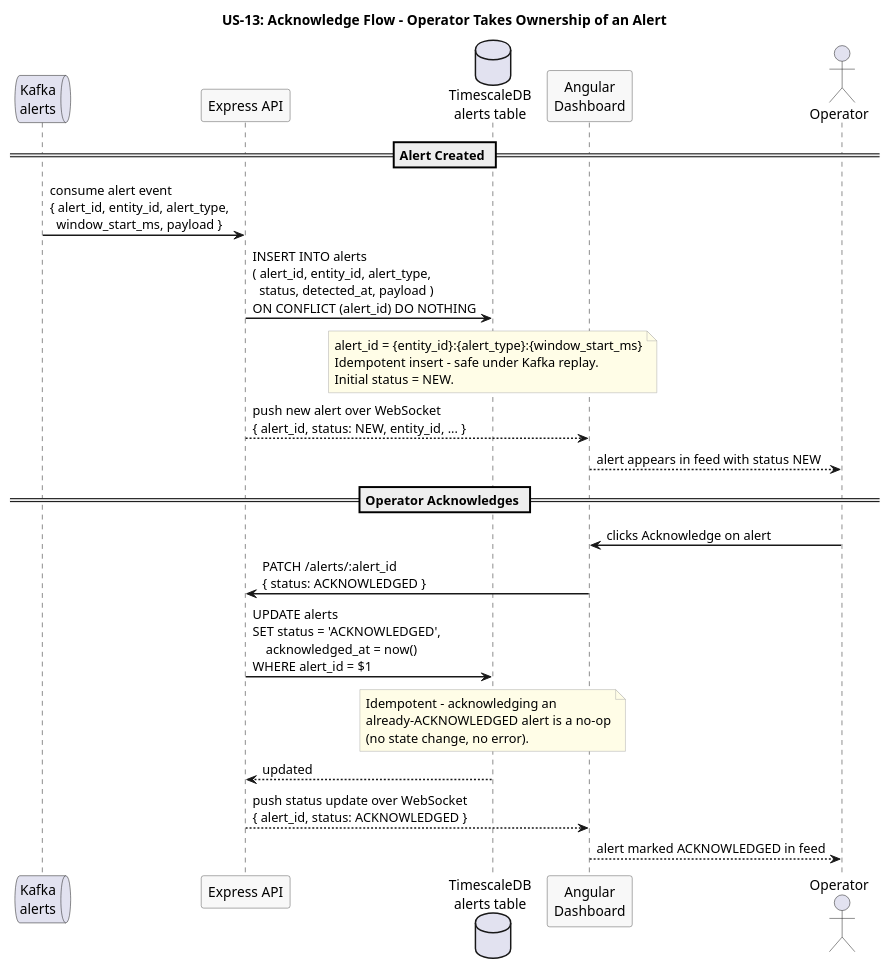
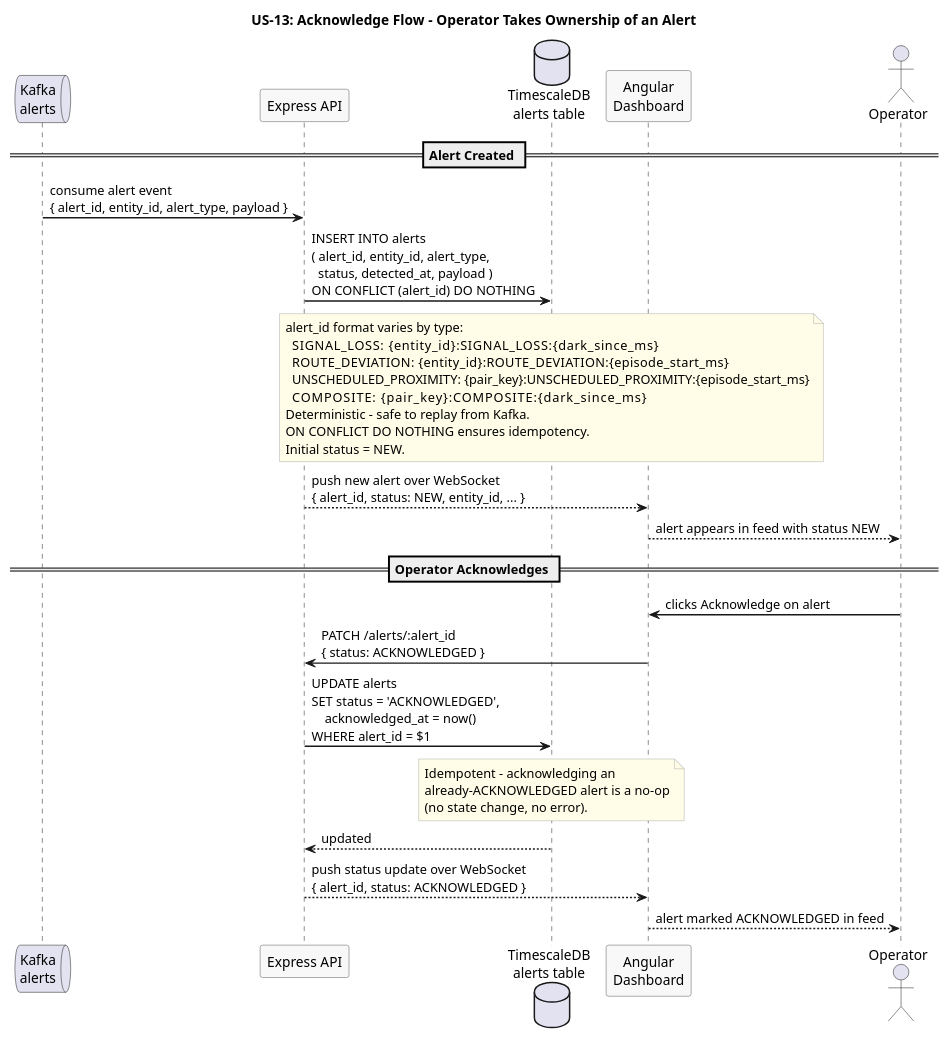
The diagram in docs/use-cases/US-13-alert-lifecycle/acknowledge-flow.puml (Buffden/sentinel), drawn with PlantUML before and after one commit. The commit also changed 4 other files, not shown here.

First line of the commit message:
api: typed alert-events envelope, SUPERSEDED status, alert lifecycle and investigation diagrams

```diff
--- a/docs/use-cases/US-13-alert-lifecycle/acknowledge-flow.puml
+++ b/docs/use-cases/US-13-alert-lifecycle/acknowledge-flow.puml
@@ -1,48 +1,53 @@
 @startuml acknowledge-flow
 title US-13: Acknowledge Flow - Operator Takes Ownership of an Alert
 
 skinparam sequenceArrowThickness 1.5
 skinparam participantBorderColor #555555
 skinparam participantBackgroundColor #F8F8F8
 skinparam noteBorderColor #AAAAAA
 skinparam noteBackgroundColor #FFFDE7
 
 queue "Kafka\nalerts" as Kafka
 participant "Express API" as API
 database "TimescaleDB\nalerts table" as TSDB
 participant "Angular\nDashboard" as Dashboard
 actor Operator
 
 == Alert Created ==
 
-Kafka -> API : consume alert event\n{ alert_id, entity_id, alert_type,\n  window_start_ms, payload }
+Kafka -> API : consume alert event\n{ alert_id, entity_id, alert_type, payload }
 
 API -> TSDB : INSERT INTO alerts\n( alert_id, entity_id, alert_type,\n  status, detected_at, payload )\nON CONFLICT (alert_id) DO NOTHING
 
 note over TSDB
-  alert_id = {entity_id}:{alert_type}:{window_start_ms}
-  Idempotent insert - safe under Kafka replay.
+  alert_id format varies by type:
+    SIGNAL_LOSS:           {entity_id}:SIGNAL_LOSS:{dark_since_ms}
+    ROUTE_DEVIATION:       {entity_id}:ROUTE_DEVIATION:{episode_start_ms}
+    UNSCHEDULED_PROXIMITY: {pair_key}:UNSCHEDULED_PROXIMITY:{episode_start_ms}
+    COMPOSITE:             {pair_key}:COMPOSITE:{dark_since_ms}
+  Deterministic - safe to replay from Kafka.
+  ON CONFLICT DO NOTHING ensures idempotency.
   Initial status = NEW.
 end note
 
 API --> Dashboard : push new alert over WebSocket\n{ alert_id, status: NEW, entity_id, ... }
 Dashboard --> Operator : alert appears in feed with status NEW
 
 == Operator Acknowledges ==
 
 Operator -> Dashboard : clicks Acknowledge on alert
 Dashboard -> API : PATCH /alerts/:alert_id\n{ status: ACKNOWLEDGED }
 
 API -> TSDB : UPDATE alerts\nSET status = 'ACKNOWLEDGED',\n    acknowledged_at = now()\nWHERE alert_id = $1
 
 note over TSDB
   Idempotent - acknowledging an
   already-ACKNOWLEDGED alert is a no-op
   (no state change, no error).
 end note
 
 TSDB --> API : updated
 API --> Dashboard : push status update over WebSocket\n{ alert_id, status: ACKNOWLEDGED }
 Dashboard --> Operator : alert marked ACKNOWLEDGED in feed
 
 @enduml
```
